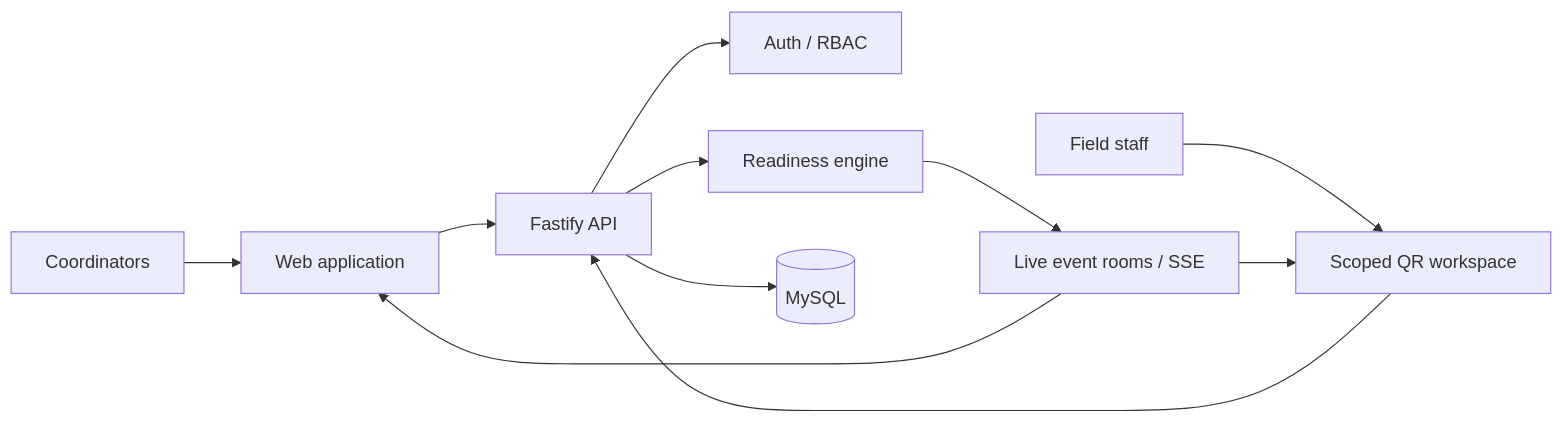
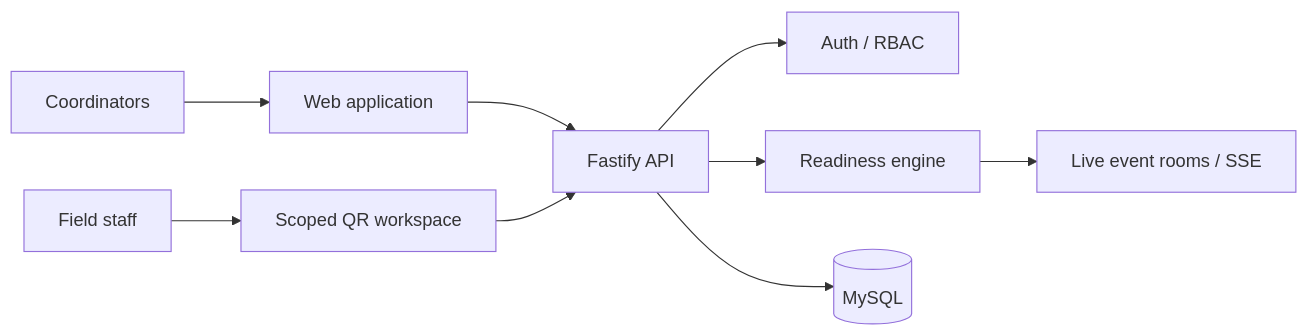
Before and after one commit to gurmilans-dev/gurmilans-dev: the diagram in README.md, drawn with Mermaid. The commit also changed other lines of this file, not shown here.

````diff
--- a/README.md
+++ b/README.md
@@ -87,16 +78,14 @@
 ```mermaid
 flowchart LR
-    C[Coordinators] --> WEB[Web application]
-    F[Field staff] --> QR[Scoped QR workspace]
+    C[Coordinators] --> W[Web application]
+    F[Field staff] --> Q[Scoped QR workspace]
 
-    WEB --> API[Fastify API]
-    QR --> API
+    W --> API[Fastify API]
+    Q --> API
 
-    API --> AUTH[Auth / RBAC]
-    API --> READY[Readiness engine]
+    API --> R[Auth / RBAC]
+    API --> E[Readiness engine]
     API --> DB[(MySQL)]
 
-    READY --> SSE[Live event rooms / SSE]
-    SSE --> WEB
-    SSE --> QR
+    E --> SSE[Live event rooms / SSE]
 ```
````
